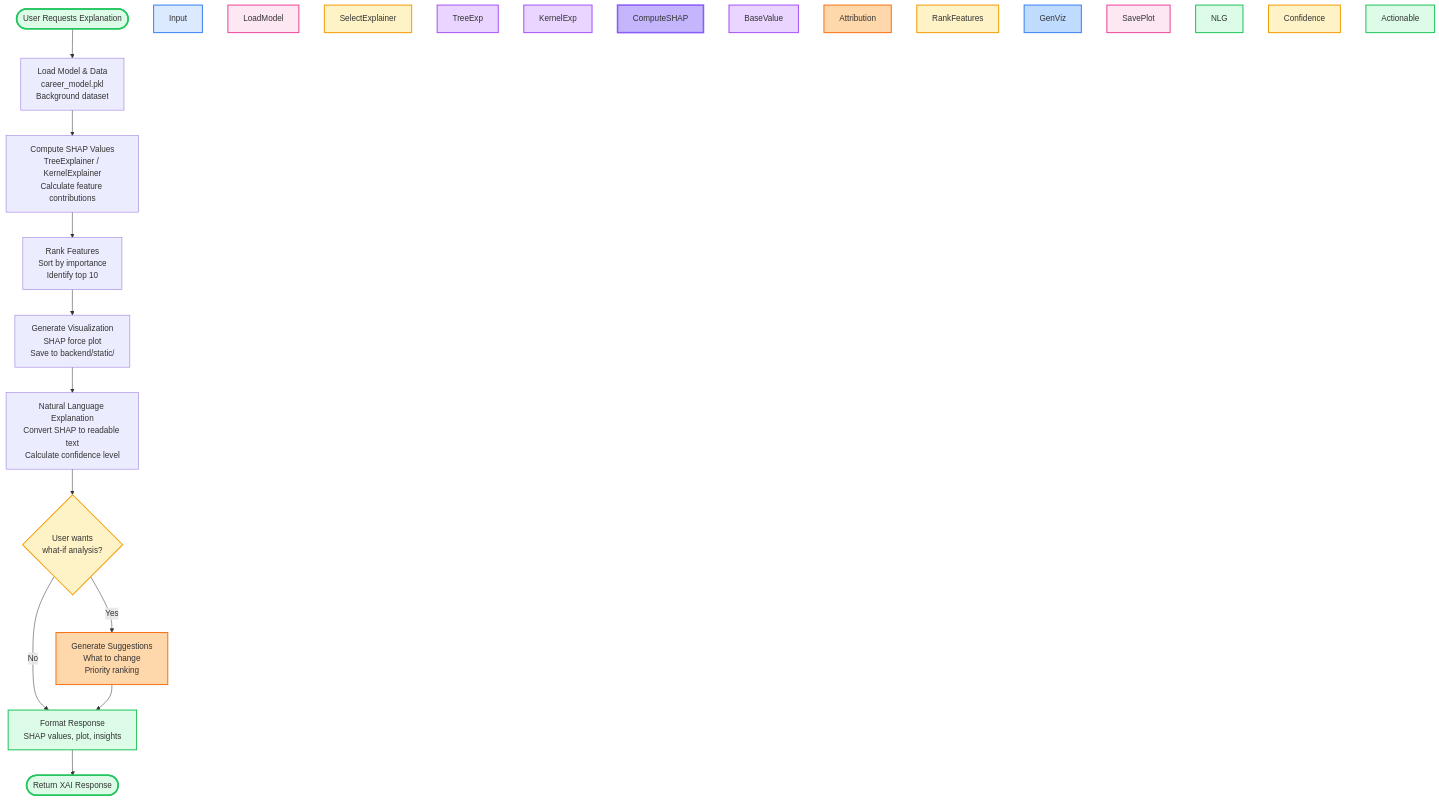
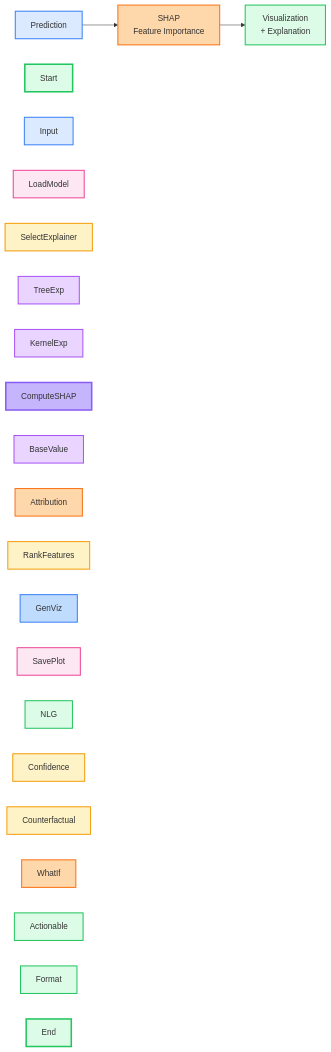
One commit to rafainamdar04/BrightPathCareerRecommendation changed the diagram in docs/figures/08_xai_explanation_flow.mmd. Above: the diagram before and after it, drawn with Mermaid. The commit also changed 5 other files, not shown here.

First line of the commit message:
Simplify algorithm diagrams to minimal essential flow

```diff
--- a/docs/figures/08_xai_explanation_flow.mmd
+++ b/docs/figures/08_xai_explanation_flow.mmd
@@ -1,41 +1,29 @@
-flowchart TD
-    %% XAI (SHAP) Explanation Generation Flow - Simplified
+flowchart LR
+    %% XAI Explanation - Simple
     
-    Start([User Requests Explanation]) --> Load["Load Model & Data<br/>career_model.pkl<br/>Background dataset"]
+    A["Prediction"] --> B["SHAP<br/>Feature Importance"]
+    B --> C["Visualization<br/>+ Explanation"]
     
-    Load --> Compute["Compute SHAP Values<br/>TreeExplainer / KernelExplainer<br/>Calculate feature contributions"]
-    
-    Compute --> Rank["Rank Features<br/>Sort by importance<br/>Identify top 10"]
-    
-    Rank --> Visualize["Generate Visualization<br/>SHAP force plot<br/>Save to backend/static/"]
-    
-    Visualize --> Explain["Natural Language Explanation<br/>Convert SHAP to readable text<br/>Calculate confidence level"]
-    
-    Explain --> Counterfactual{User wants<br/>what-if analysis?}
-    
-    Counterfactual -->|Yes| WhatIf["Generate Suggestions<br/>What to change<br/>Priority ranking"]
-    Counterfactual -->|No| Format
-    
-    WhatIf --> Format["Format Response<br/>SHAP values, plot, insights"]
-    
-    Format --> End([Return XAI Response])
+    style A fill:#dbeafe,stroke:#3b82f6,stroke-width:2px
+    style B fill:#fed7aa,stroke:#f97316,stroke-width:2px
+    style C fill:#dcfce7,stroke:#22c55e,stroke-width:2px
     
     style Start fill:#dcfce7,stroke:#22c55e,stroke-width:3px
     style Input fill:#dbeafe,stroke:#3b82f6,stroke-width:2px
     style LoadModel fill:#fce7f3,stroke:#ec4899,stroke-width:2px
     style SelectExplainer fill:#fef3c7,stroke:#f59e0b,stroke-width:2px
     style TreeExp fill:#e9d5ff,stroke:#a855f7,stroke-width:2px
     style KernelExp fill:#e9d5ff,stroke:#a855f7,stroke-width:2px
     style ComputeSHAP fill:#c4b5fd,stroke:#8b5cf6,stroke-width:3px
     style BaseValue fill:#e9d5ff,stroke:#a855f7,stroke-width:2px
     style Attribution fill:#fed7aa,stroke:#f97316,stroke-width:2px
     style RankFeatures fill:#fef3c7,stroke:#f59e0b,stroke-width:2px
     style GenViz fill:#bfdbfe,stroke:#3b82f6,stroke-width:2px
     style SavePlot fill:#fce7f3,stroke:#ec4899,stroke-width:2px
     style NLG fill:#dcfce7,stroke:#22c55e,stroke-width:2px
     style Confidence fill:#fef3c7,stroke:#f59e0b,stroke-width:2px
     style Counterfactual fill:#fef3c7,stroke:#f59e0b,stroke-width:2px
     style WhatIf fill:#fed7aa,stroke:#f97316,stroke-width:2px
     style Actionable fill:#dcfce7,stroke:#22c55e,stroke-width:2px
     style Format fill:#dcfce7,stroke:#22c55e,stroke-width:2px
     style End fill:#dcfce7,stroke:#22c55e,stroke-width:3px
```
